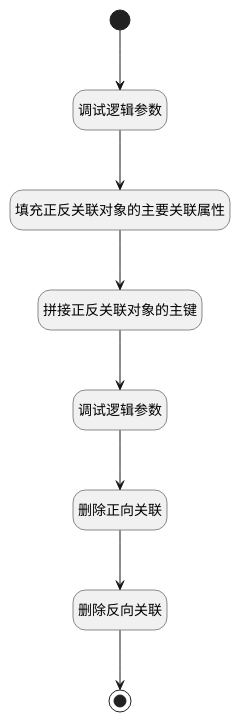
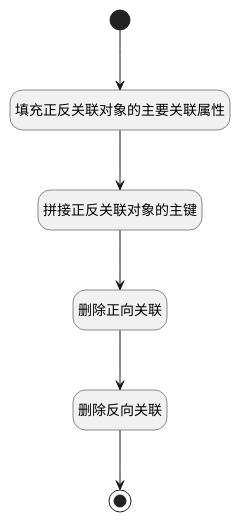
One commit to iBizLab/plm changed the diagram in doc/docsify/module/ProdMgmt/idea/logic/plan_delete_idea.md. Above: the diagram before and after it, drawn with PlantUML. The commit also changed other lines of this file and 1778 other files, not shown here.

````diff
--- a/doc/docsify/module/ProdMgmt/idea/logic/plan_delete_idea.md
+++ b/doc/docsify/module/ProdMgmt/idea/logic/plan_delete_idea.md
@@ -7,31 +7,27 @@
 ```plantuml
 @startuml
 hide empty description
 <style>
 root {
   HyperlinkColor #42b983
 }
 </style>
 
 hide empty description
 state "开始" as Begin <<start>> [[$./plan_delete_idea#begin {"开始"}]]
-state "调试逻辑参数" as DEBUGPARAM2  [[$./plan_delete_idea#debugparam2 {"调试逻辑参数"}]]
 state "填充正反关联对象的主要关联属性" as PREPAREPARAM1  [[$./plan_delete_idea#prepareparam1 {"填充正反关联对象的主要关联属性"}]]
 state "拼接正反关联对象的主键" as RAWSFCODE1  [[$./plan_delete_idea#rawsfcode1 {"拼接正反关联对象的主键"}]]
-state "调试逻辑参数" as DEBUGPARAM1  [[$./plan_delete_idea#debugparam1 {"调试逻辑参数"}]]
 state "删除正向关联" as DEACTION2  [[$./plan_delete_idea#deaction2 {"删除正向关联"}]]
 state "删除反向关联" as DEACTION3  [[$./plan_delete_idea#deaction3 {"删除反向关联"}]]
 state "结束" as END1 <<end>> [[$./plan_delete_idea#end1 {"结束"}]]
 
 
-Begin --> DEBUGPARAM2
-DEBUGPARAM2 --> PREPAREPARAM1
+Begin --> PREPAREPARAM1
 PREPAREPARAM1 --> RAWSFCODE1
-RAWSFCODE1 --> DEBUGPARAM1
-DEBUGPARAM1 --> DEACTION2
+RAWSFCODE1 --> DEACTION2
 DEACTION2 --> DEACTION3
 DEACTION3 --> END1
 
 
 @enduml
 ```
````
